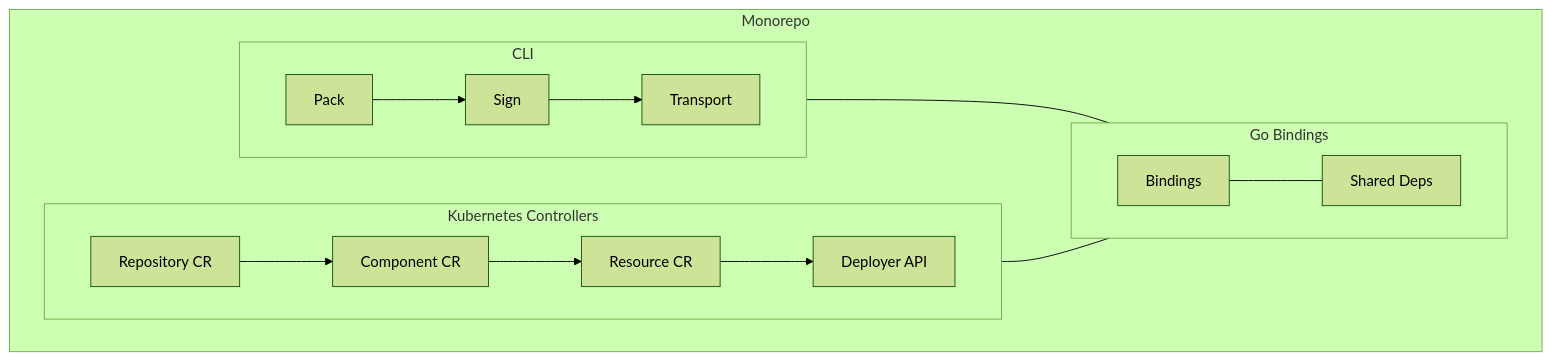
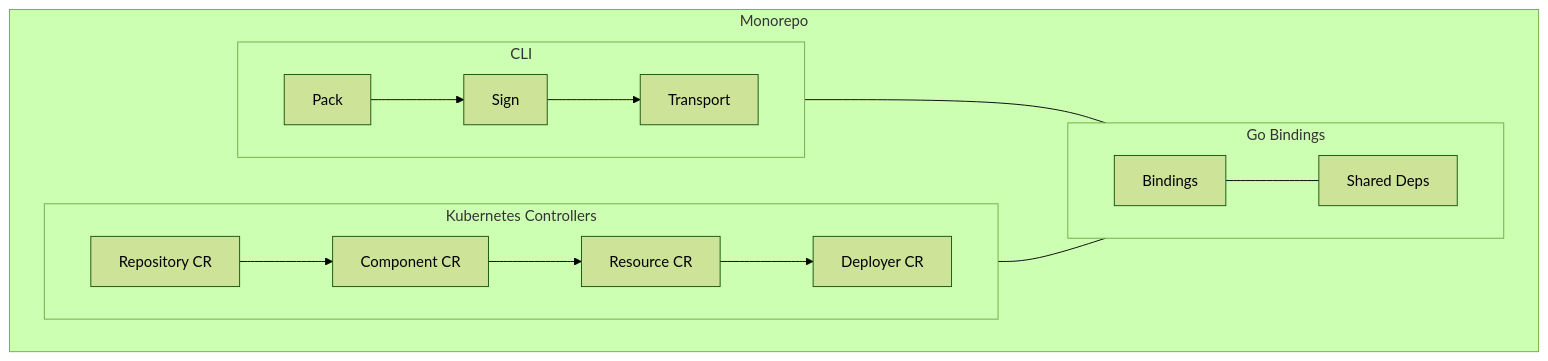
The first of 2 diagrams in content/blog/ocm_v2_announcement.md (open-component-model/ocm-website), drawn with Mermaid (forest theme) before and after one commit. The commit also changed other lines of this file and 1 other file, not shown here.

````diff
--- a/content/blog/ocm_v2_announcement.md
+++ b/content/blog/ocm_v2_announcement.md
@@ -35,22 +35,22 @@
 ```mermaid
 flowchart TD
     subgraph mono["Monorepo"]
         subgraph cli["CLI"]
             direction LR
             Pack["Pack"] --> Sign["Sign"] --> Transport["Transport"]
         end
 
         subgraph ctrl["Kubernetes Controllers"]
             direction LR
-            Repo["Repository CR"] --> Comp["Component CR"] --> Res["Resource CR"] --> Deployer["Deployer API"]
+            Repo["Repository CR"] --> Comp["Component CR"] --> Res["Resource CR"] --> Deployer["Deployer CR"]
         end
 
         subgraph lib["Go Bindings"]
             direction LR
             Bindings["Bindings"] --- Deps["Shared Deps"]
         end
 
         cli --- lib
         ctrl --- lib
     end
 ```
````
